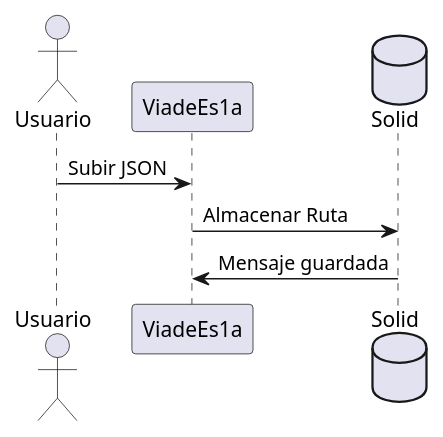
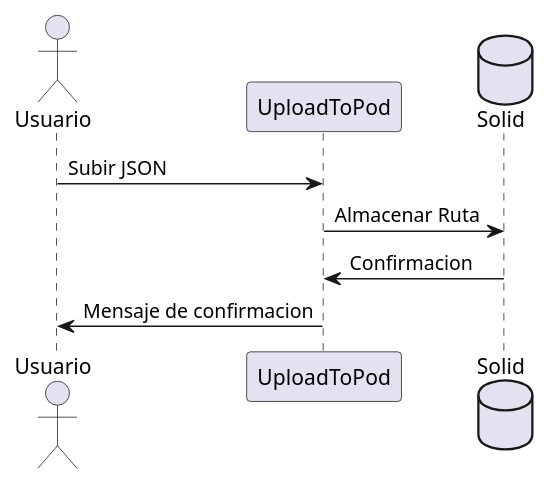
The second of 4 diagrams in src/docs/06_runtime_view.adoc (Arquisoft/viade_es1a), drawn with PlantUML before and after one commit. The commit also changed other lines of this file, not shown here.

```diff
--- a/src/docs/06_runtime_view.adoc
+++ b/src/docs/06_runtime_view.adoc
@@ -24,15 +24,14 @@
 [plantuml,Nueva ruta,png]
 ----
 @startuml
 
 actor Usuario
-
-Usuario -> ViadeEs1a:Subir JSON
+Usuario -> UploadToPod:Subir JSON
 database Solid
-
-ViadeEs1a -> Solid:Almacenar Ruta
- Solid -> ViadeEs1a:Mensaje guardada
+UploadToPod -> Solid:Almacenar Ruta
+Solid -> UploadToPod:Confirmacion
+UploadToPod -> Usuario:Mensaje de confirmacion
 
 
 @enduml
 ----
```
